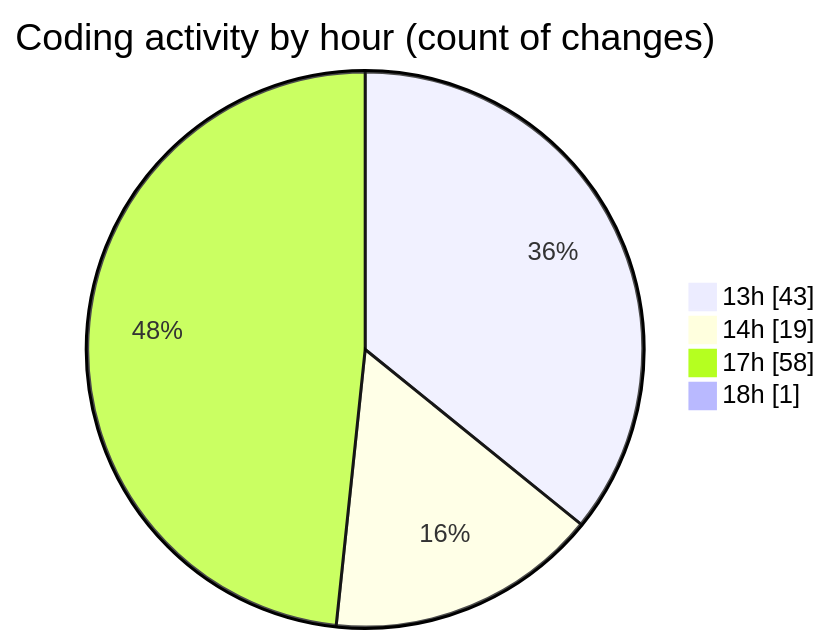
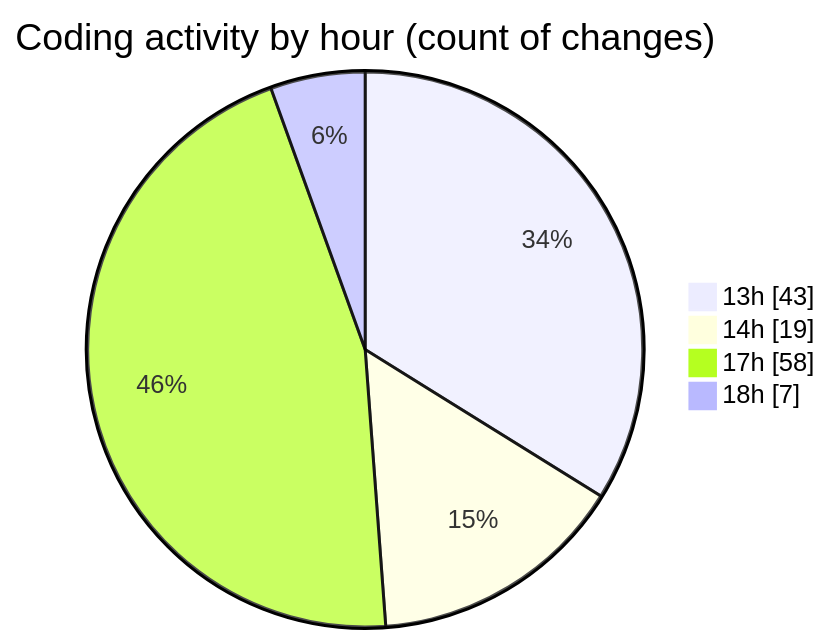
Before and after one commit to MatusMokan/code-tracking: the second of 2 diagrams in 2025-10-04/untitled__workspace_/README.md, drawn with Mermaid. The commit also changed other lines of this file and 1 other file, not shown here.

````diff
--- a/2025-10-04/untitled__workspace_/README.md
+++ b/2025-10-04/untitled__workspace_/README.md
@@ -46,8 +46,8 @@
 ```mermaid
 pie showData
 title Coding activity by hour (count of changes)
 "13h" : 43
 "14h" : 19
 "17h" : 58
-"18h" : 1
+"18h" : 7
 ```
````
